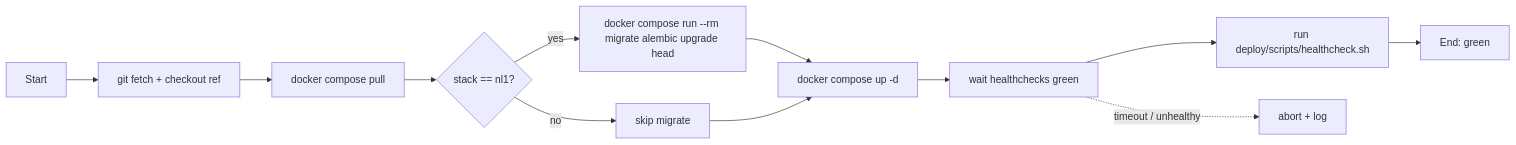
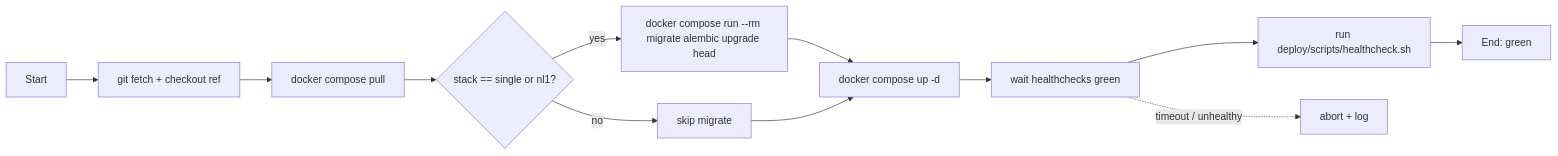
Before and after one commit to ariestop/DWTGBot: the second of 2 diagrams in docs/21-cicd.md, drawn with Mermaid. The commit also changed other lines of this file and 54 other files, not shown here.

````diff
--- a/docs/21-cicd.md
+++ b/docs/21-cicd.md
@@ -414,14 +443,14 @@
 ```mermaid
 flowchart LR
   S[Start] --> A[git fetch + checkout ref]
   A --> B[docker compose pull]
-  B --> M{stack == nl1?}
+  B --> M{stack == single or nl1?}
   M -- yes --> MI[docker compose run --rm migrate alembic upgrade head]
   M -- no  --> NS[skip migrate]
   MI --> U[docker compose up -d]
   NS --> U
   U --> H[wait healthchecks green]
   H --> V[run deploy/scripts/healthcheck.sh]
   V --> E[End: green]
   H -. timeout / unhealthy .-> X[abort + log]
 ```
````
